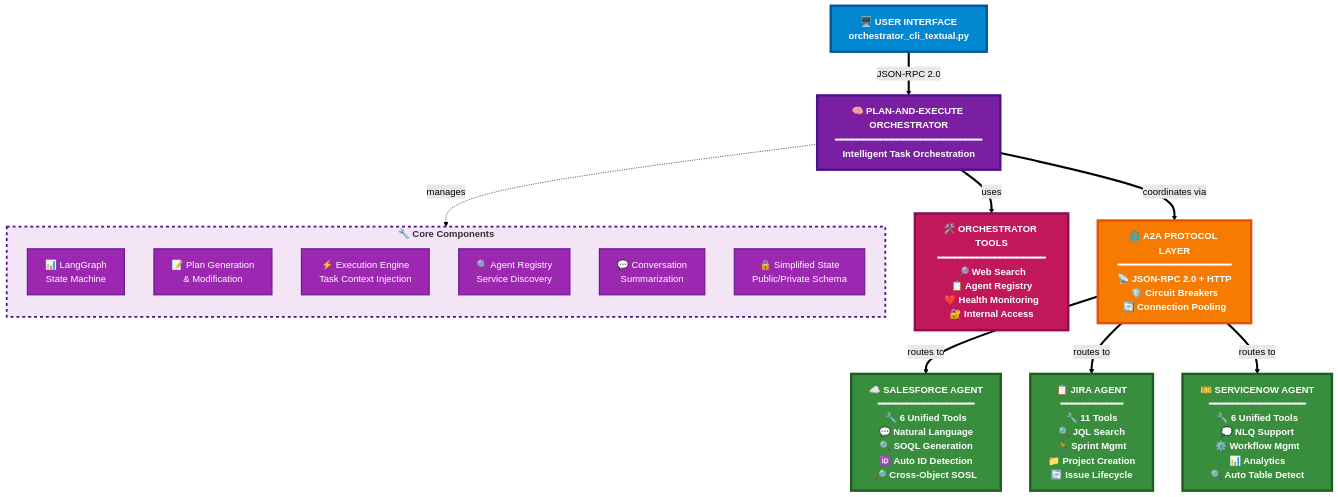
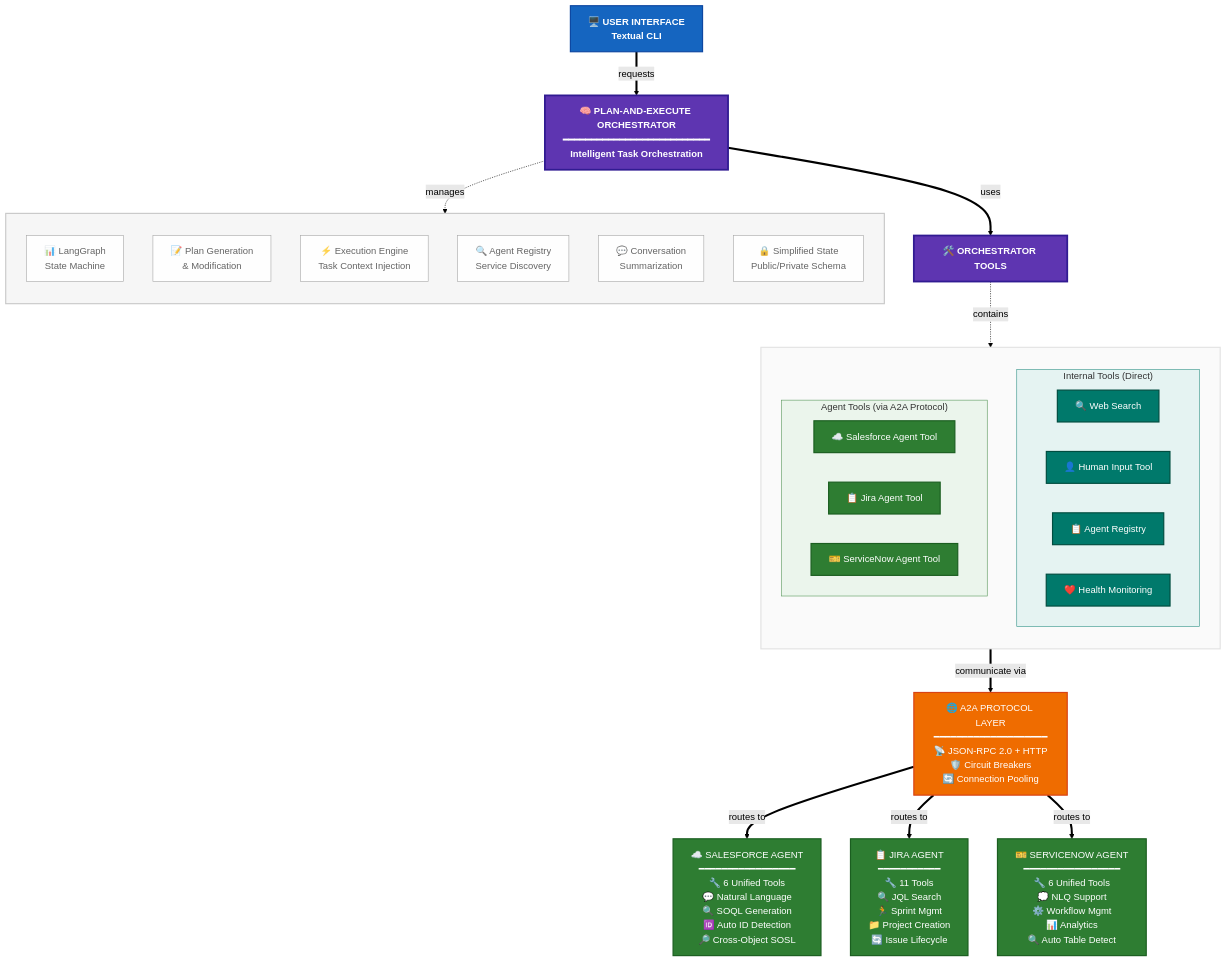
The diagram in README.md (nickpeterson92/consultant-assistant), drawn with Mermaid (forest theme) before and after one commit. The commit also changed 1 other file, not shown here.

Commit message:
update main diagram

````diff
--- a/README.md
+++ b/README.md
@@ -66,46 +66,69 @@
 ```mermaid
 flowchart TB
-    %% Define styles with gradients and shadows for GitHub
-    classDef uiClass fill:#0288d1,stroke:#01579b,stroke-width:4px,color:#ffffff,font-weight:bold
-    classDef orchestratorClass fill:#7b1fa2,stroke:#4a148c,stroke-width:4px,color:#ffffff,font-weight:bold
-    classDef protocolClass fill:#f57c00,stroke:#e65100,stroke-width:4px,color:#ffffff,font-weight:bold
-    classDef agentClass fill:#388e3c,stroke:#1b5e20,stroke-width:4px,color:#ffffff,font-weight:bold
-    classDef toolClass fill:#c2185b,stroke:#880e4f,stroke-width:4px,color:#ffffff,font-weight:bold
-    classDef componentClass fill:#9c27b0,stroke:#6a1b9a,stroke-width:2px,color:#ffffff
+    %% Modern, sleek color scheme with better contrast
+    classDef uiClass fill:#1565c0,stroke:#0d47a1,stroke-width:2px,color:#ffffff,font-weight:bold
+    classDef orchestratorClass fill:#5e35b1,stroke:#311b92,stroke-width:3px,color:#ffffff,font-weight:bold
+    classDef protocolClass fill:#ef6c00,stroke:#d84315,stroke-width:2px,color:#ffffff
+    classDef agentToolClass fill:#2e7d32,stroke:#1b5e20,stroke-width:2px,color:#ffffff
+    classDef internalToolClass fill:#00796b,stroke:#004d40,stroke-width:2px,color:#ffffff
+    classDef componentClass fill:#ffffff,stroke:#9e9e9e,stroke-width:1px,color:#424242,opacity:0.9
     
-    %% User Interface Layer with icon
-    UI[🖥️ USER INTERFACE<br/>orchestrator_cli_textual.py]:::uiClass
+    %% User Interface Layer
+    UI[🖥️ USER INTERFACE<br>Textual CLI]:::uiClass
     
-    %% Main flow with custom arrow
-    UI ==>|"JSON-RPC 2.0"| ORCH[🧠 PLAN-AND-EXECUTE ORCHESTRATOR<br/>━━━━━━━━━━━━━━━━━━━━━━━━━━<br/>Intelligent Task Orchestration]:::orchestratorClass
+    %% Main Orchestrator
+    UI ==>|"requests"| ORCH[🧠 PLAN-AND-EXECUTE ORCHESTRATOR<br>━━━━━━━━━━━━━━━━━━━━━━━━━━<br>Intelligent Task Orchestration]:::orchestratorClass
     
-    %% Orchestrator Components in styled subgraph
-    subgraph orchestrator["<b>🔧 Core Components</b>"]
+    %% Core Components with semi-transparent styling
+    subgraph components[" "]
         direction TB
-        LG[📊 LangGraph<br/>State Machine]:::componentClass
-        PG[📝 Plan Generation<br/>& Modification]:::componentClass
-        EE[⚡ Execution Engine<br/>Task Context Injection]:::componentClass
-        AR[🔍 Agent Registry<br/>Service Discovery]:::componentClass
-        CS[💬 Conversation<br/>Summarization]:::componentClass
-        SS[🔒 Simplified State<br/>Public/Private Schema]:::componentClass
+        LG[📊 LangGraph<br>State Machine]:::componentClass
+        PG[📝 Plan Generation<br>& Modification]:::componentClass
+        EE[⚡ Execution Engine<br>Task Context Injection]:::componentClass
+        AR[🔍 Agent Registry<br>Service Discovery]:::componentClass
+        CS[💬 Conversation<br>Summarization]:::componentClass
+        SS[🔒 Simplified State<br>Public/Private Schema]:::componentClass
     end
     
-    %% Orchestrator connections
-    ORCH -.->|manages| orchestrator
+    %% All Tools under one umbrella
+    ORCH ==>|"uses"| TOOLS[🛠️ ORCHESTRATOR TOOLS]:::orchestratorClass
     
-    %% Tools connection
-    ORCH ==>|"uses"| TOOLS[🛠️ ORCHESTRATOR TOOLS<br/>━━━━━━━━━━━━━━━━━━━<br/>🔎 Web Search<br/>📋 Agent Registry<br/>❤️ Health Monitoring<br/>🔐 Internal Access]:::toolClass
+    %% Tools subgraph containing both types
+    subgraph tools[" "]
+        direction TB
+        
+        %% Internal Tools (Direct)
+        subgraph internal["Internal Tools (Direct)"]
+            WS[🔍 Web Search]:::internalToolClass
+            HI[👤 Human Input Tool]:::internalToolClass
+            REG[📋 Agent Registry]:::internalToolClass
+            HM[❤️ Health Monitoring]:::internalToolClass
+        end
+        
+        %% Agent Tools (via A2A)
+        subgraph agents["Agent Tools (via A2A Protocol)"]
+            SFT[☁️ Salesforce Agent Tool]:::agentToolClass
+            JT[📋 Jira Agent Tool]:::agentToolClass
+            SNT[🎫 ServiceNow Agent Tool]:::agentToolClass
+        end
+    end
     
-    %% Protocol Layer
-    ORCH ==>|"coordinates via"| PROTOCOL[🌐 A2A PROTOCOL LAYER<br/>━━━━━━━━━━━━━━━━━━━━<br/>📡 JSON-RPC 2.0 + HTTP<br/>🛡️ Circuit Breakers<br/>🔄 Connection Pooling]:::protocolClass
+    TOOLS -.->|contains| tools
     
-    %% Agents with rich formatting
-    PROTOCOL ==>|"routes to"| SF[☁️ SALESFORCE AGENT<br/>━━━━━━━━━━━━━━━━━<br/>🔧 6 Unified Tools<br/>💬 Natural Language<br/>🔍 SOQL Generation<br/>🆔 Auto ID Detection<br/>🔎 Cross-Object SOSL]:::agentClass
+    %% A2A Protocol connection from agent tools
+    agents ==>|"communicate via"| PROTOCOL[🌐 A2A PROTOCOL LAYER<br>━━━━━━━━━━━━━━━━━━━━<br>📡 JSON-RPC 2.0 + HTTP<br>🛡️ Circuit Breakers<br>🔄 Connection Pooling]:::protocolClass
     
-    PROTOCOL ==>|"routes to"| JIRA[📋 JIRA AGENT<br/>━━━━━━━━━━━<br/>🔧 11 Tools<br/>🔍 JQL Search<br/>🏃 Sprint Mgmt<br/>📁 Project Creation<br/>🔄 Issue Lifecycle]:::agentClass
+    %% Remote Agents
+    PROTOCOL ==>|"routes to"| SF[☁️ SALESFORCE AGENT<br>━━━━━━━━━━━━━━━━━<br>🔧 6 Unified Tools<br>💬 Natural Language<br>🔍 SOQL Generation<br>🆔 Auto ID Detection<br>🔎 Cross-Object SOSL]:::agentToolClass
     
-    PROTOCOL ==>|"routes to"| SN[🎫 SERVICENOW AGENT<br/>━━━━━━━━━━━━━━━━━<br/>🔧 6 Unified Tools<br/>💭 NLQ Support<br/>⚙️ Workflow Mgmt<br/>📊 Analytics<br/>🔍 Auto Table Detect]:::agentClass
+    PROTOCOL ==>|"routes to"| JIRA[📋 JIRA AGENT<br>━━━━━━━━━━━<br>🔧 11 Tools<br>🔍 JQL Search<br>🏃 Sprint Mgmt<br>📁 Project Creation<br>🔄 Issue Lifecycle]:::agentToolClass
     
-    %% Add some styling to the subgraph
-    style orchestrator fill:#f3e5f5,stroke:#4a148c,stroke-width:3px,stroke-dasharray: 5 5
+    PROTOCOL ==>|"routes to"| SN[🎫 SERVICENOW AGENT<br>━━━━━━━━━━━━━━━━━<br>🔧 6 Unified Tools<br>💭 NLQ Support<br>⚙️ Workflow Mgmt<br>📊 Analytics<br>🔍 Auto Table Detect]:::agentToolClass
+    
+    %% Styling adjustments
+    ORCH -.->|manages| components
+    style components fill:#f5f5f5,stroke:#bdbdbd,stroke-width:2px,opacity:0.8
+    style tools fill:#fafafa,stroke:#e0e0e0,stroke-width:2px,opacity:0.9
+    style internal fill:#e0f2f1,stroke:#00796b,stroke-width:1px,opacity:0.8
+    style agents fill:#e8f5e9,stroke:#2e7d32,stroke-width:1px,opacity:0.8
 ```
````
